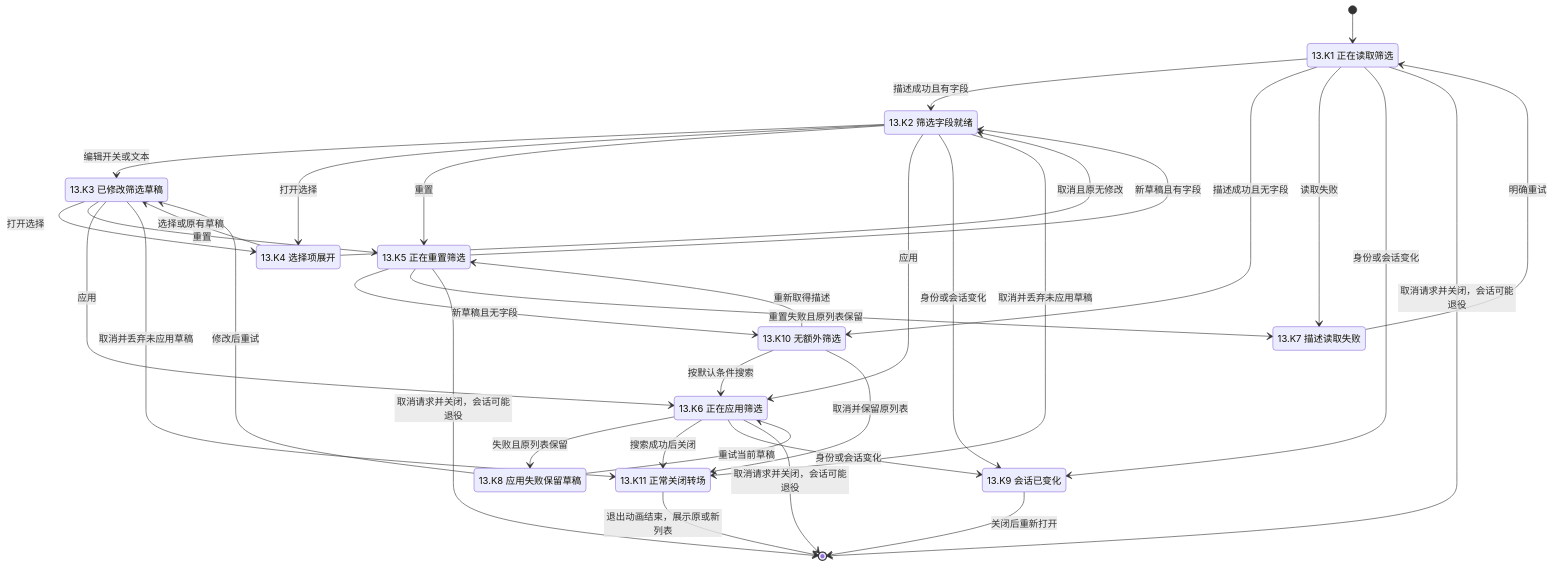
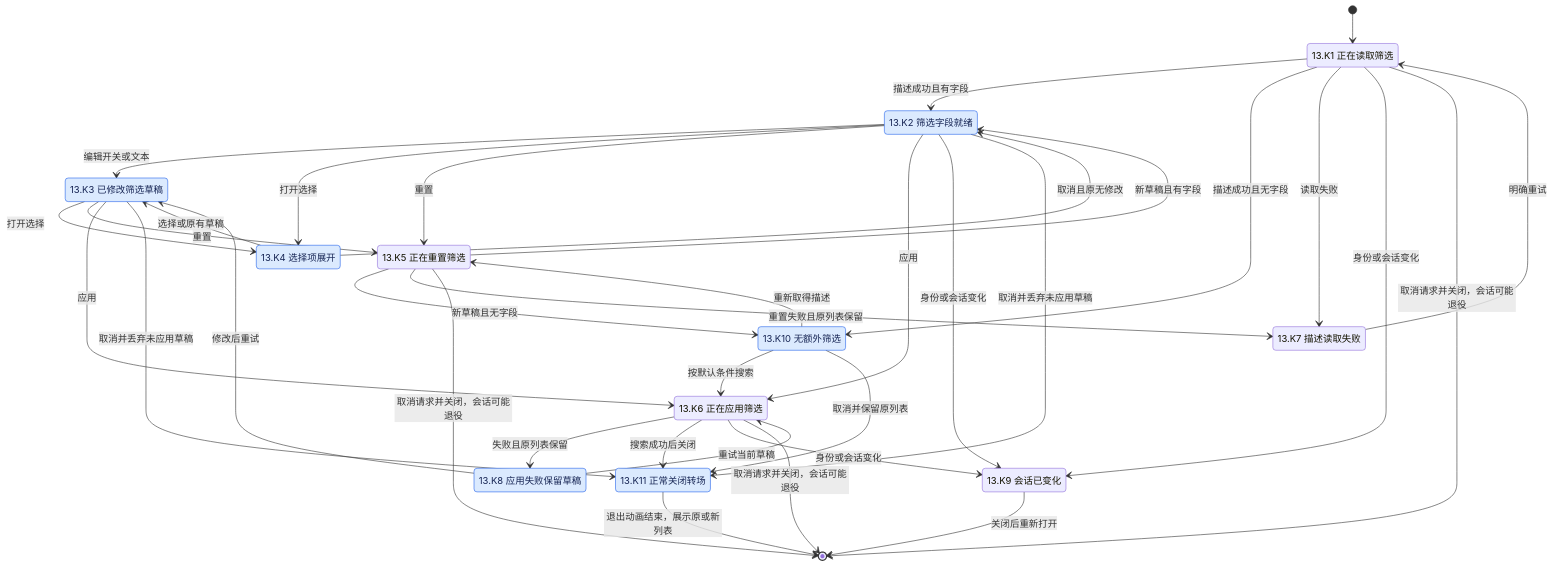
Before and after one commit to Wybxc/karuyomi: diagram 13 of 15 in docs/verification/mihon-state-coverage.md, drawn with Mermaid. The commit also changed other lines of this file and 4 other files, not shown here.

````diff
--- a/docs/verification/mihon-state-coverage.md
+++ b/docs/verification/mihon-state-coverage.md
@@ -1129,48 +1129,50 @@
 ```mermaid
 stateDiagram-v2
     [*] --> LoadingFilters
     state "13.K1 正在读取筛选" as LoadingFilters
     state "13.K2 筛选字段就绪" as FiltersReady
     state "13.K3 已修改筛选草稿" as FilterDraft
     state "13.K4 选择项展开" as FilterChoice
     state "13.K5 正在重置筛选" as ResettingFilters
     state "13.K6 正在应用筛选" as ApplyingFilters
     state "13.K7 描述读取失败" as FilterLoadFailed
     state "13.K8 应用失败保留草稿" as FilterApplyFailed
     state "13.K9 会话已变化" as FilterSessionChanged
     state "13.K10 无额外筛选" as EmptyFilters
     state "13.K11 正常关闭转场" as DismissingFilters
     LoadingFilters --> FiltersReady: 描述成功且有字段
     LoadingFilters --> EmptyFilters: 描述成功且无字段
     LoadingFilters --> FilterLoadFailed: 读取失败
     FilterLoadFailed --> LoadingFilters: 明确重试
     FiltersReady --> FilterDraft: 编辑开关或文本
     FiltersReady --> FilterChoice: 打开选择
     FilterDraft --> FilterChoice: 打开选择
     FilterChoice --> FiltersReady: 取消且原无修改
     FilterChoice --> FilterDraft: 选择或原有草稿
     FiltersReady --> ResettingFilters: 重置
     FilterDraft --> ResettingFilters: 重置
     EmptyFilters --> ResettingFilters: 重新取得描述
     ResettingFilters --> FiltersReady: 新草稿且有字段
     ResettingFilters --> EmptyFilters: 新草稿且无字段
     ResettingFilters --> FilterLoadFailed: 重置失败且原列表保留
     FiltersReady --> ApplyingFilters: 应用
     FilterDraft --> ApplyingFilters: 应用
     EmptyFilters --> ApplyingFilters: 按默认条件搜索
     ApplyingFilters --> FilterApplyFailed: 失败且原列表保留
     FilterApplyFailed --> ApplyingFilters: 重试当前草稿
     FilterApplyFailed --> FilterDraft: 修改后重试
     ApplyingFilters --> DismissingFilters: 搜索成功后关闭
     LoadingFilters --> FilterSessionChanged: 身份或会话变化
     FiltersReady --> FilterSessionChanged: 身份或会话变化
     ApplyingFilters --> FilterSessionChanged: 身份或会话变化
     FiltersReady --> DismissingFilters: 取消并丢弃未应用草稿
     FilterDraft --> DismissingFilters: 取消并丢弃未应用草稿
     EmptyFilters --> DismissingFilters: 取消并保留原列表
     DismissingFilters --> [*]: 退出动画结束，展示原或新列表
     LoadingFilters --> [*]: 取消请求并关闭，会话可能退役
     ResettingFilters --> [*]: 取消请求并关闭，会话可能退役
     ApplyingFilters --> [*]: 取消请求并关闭，会话可能退役
     FilterSessionChanged --> [*]: 关闭后重新打开
+    classDef paired fill:#dbeafe,color:#172554,stroke:#2563eb
+    class FiltersReady,FilterDraft,FilterChoice,FilterApplyFailed,EmptyFilters,DismissingFilters paired
 ```
````
